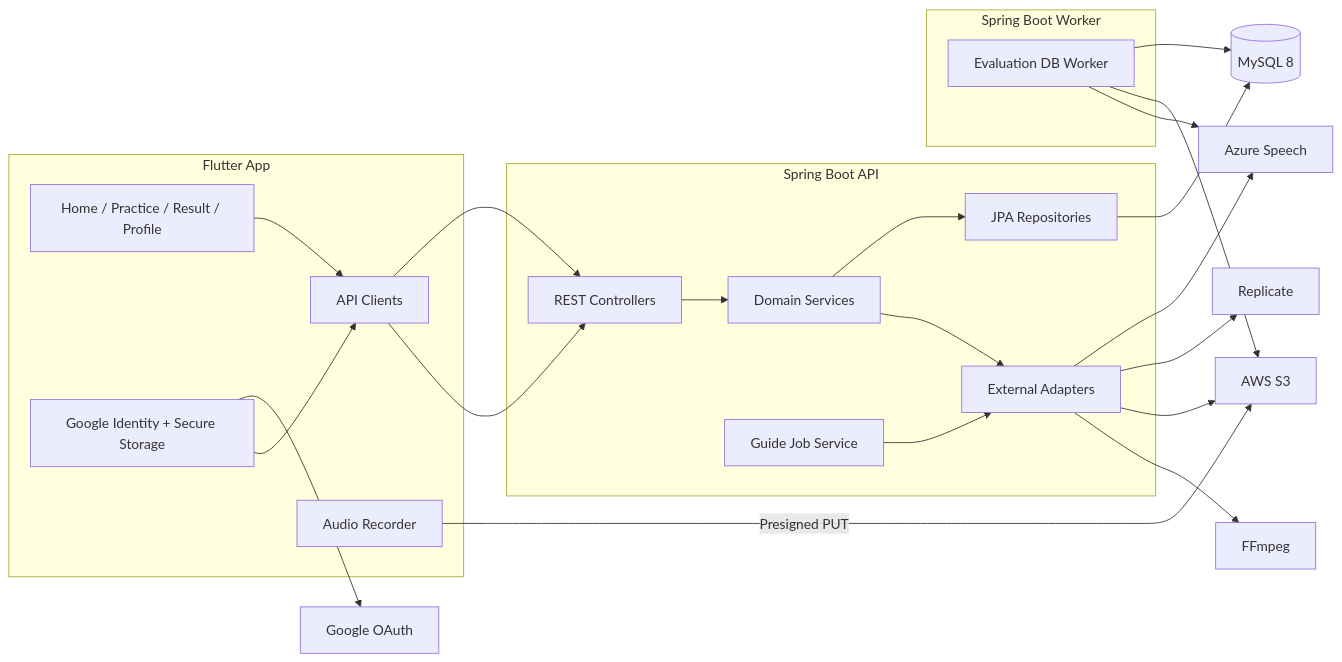
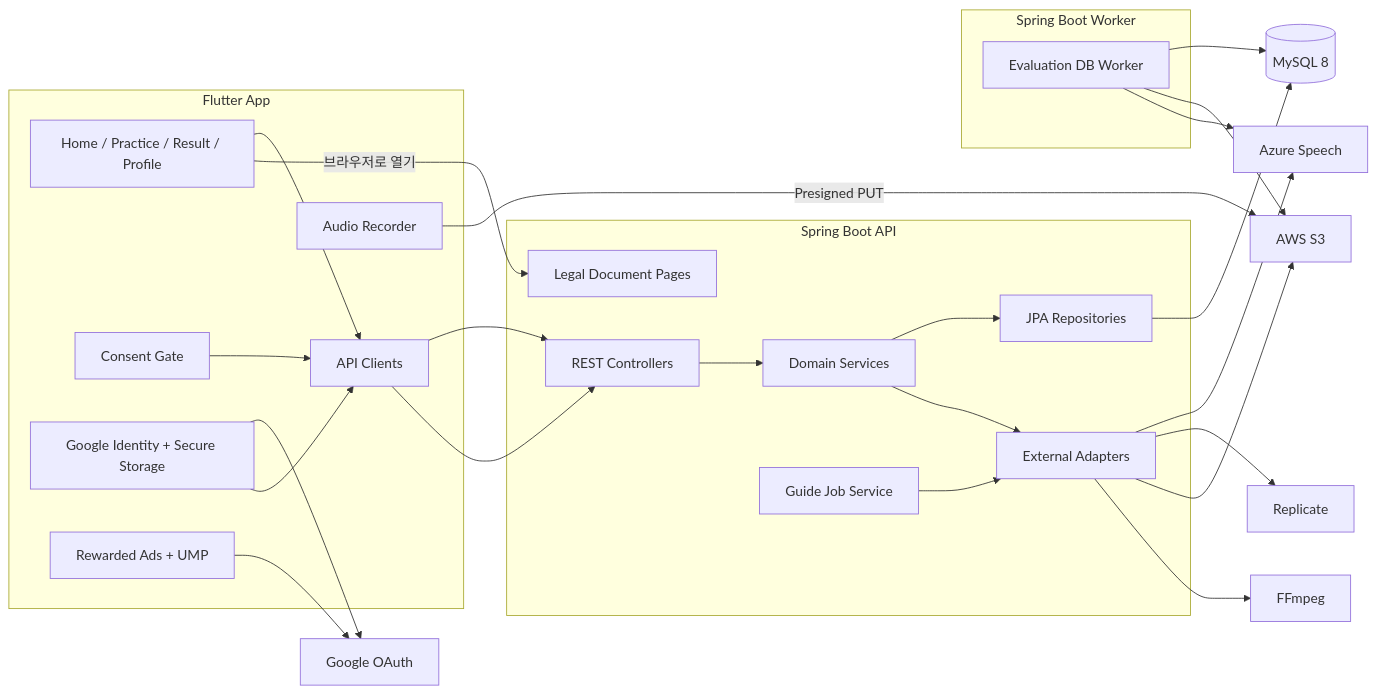
The diagram in docs/architecture/system-architecture.md (byeok99/LingKo), drawn with Mermaid before and after one commit. The commit also changed 15 other files, not shown here.

````diff
--- a/docs/architecture/system-architecture.md
+++ b/docs/architecture/system-architecture.md
@@ -5,43 +5,49 @@
 ```mermaid
 flowchart LR
     subgraph Mobile[Flutter App]
       UI[Home / Practice / Result / Profile]
+      CONSENT[Consent Gate]
       API[API Clients]
       AUTH[Google Identity + Secure Storage]
       REC[Audio Recorder]
+      ADS[Rewarded Ads + UMP]
     end
 
     subgraph APIBackend[Spring Boot API]
       CTRL[REST Controllers]
+      LEGAL[Legal Document Pages]
       DOM[Domain Services]
       JPA[JPA Repositories]
       JOB[Guide Job Service]
       EXT[External Adapters]
     end
 
     subgraph WorkerBackend[Spring Boot Worker]
       EJOB[Evaluation DB Worker]
     end
 
     DB[(MySQL 8)]
     GOOGLE[Google OAuth]
     AZURE[Azure Speech]
     REP[Replicate]
     S3[AWS S3]
     FFMPEG[FFmpeg]
 
     UI --> API --> CTRL --> DOM --> JPA --> DB
+    CONSENT --> API
+    UI -->|브라우저로 열기| LEGAL
+    ADS --> GOOGLE
     AUTH --> GOOGLE
     AUTH --> API
     REC -->|Presigned PUT| S3
     API --> CTRL
     EJOB --> DB
     EJOB --> S3
     EJOB --> AZURE
     DOM --> EXT
     JOB --> EXT
     EXT --> AZURE
     EXT --> REP
     EXT --> S3
     EXT --> FFMPEG
 ```
````
